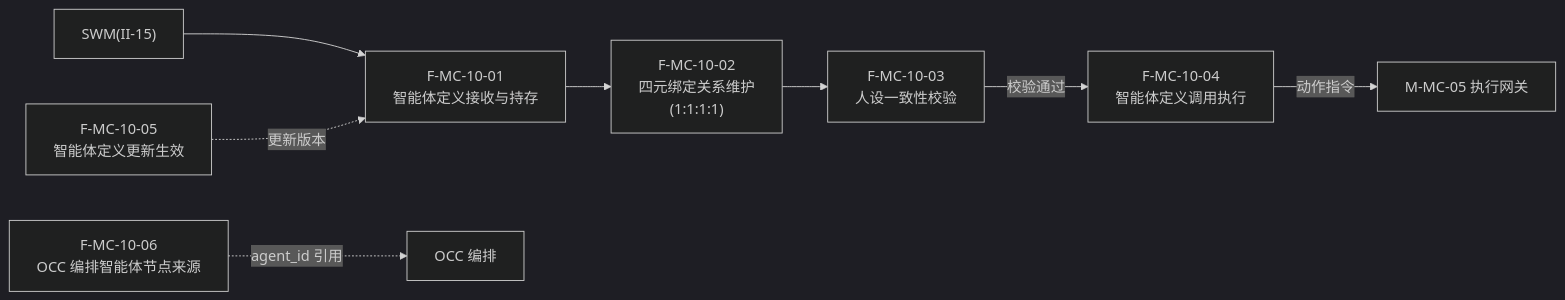
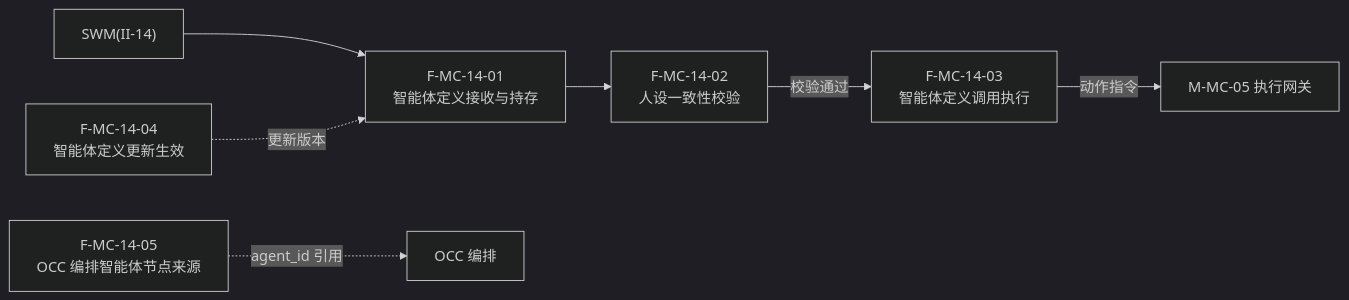
Diagram 21 of 49 in 公司项目/认知作战/文档/软件概要设计-架构图.md (Sj-g/obsidian), drawn with Mermaid (dark theme) before and after one commit. The commit also changed other lines of this file, not shown here.

````diff
--- a/公司项目/认知作战/文档/软件概要设计-架构图.md
+++ b/公司项目/认知作战/文档/软件概要设计-架构图.md
@@ -372,16 +416,15 @@
 ```mermaid
 flowchart LR
-    F1001["F-MC-10-01<br/>智能体定义接收与持存"]
-    F1002["F-MC-10-02<br/>四元绑定关系维护<br/>(1:1:1:1)"]
-    F1003["F-MC-10-03<br/>人设一致性校验"]
-    F1004["F-MC-10-04<br/>智能体定义调用执行"]
-    F1005["F-MC-10-05<br/>智能体定义更新生效"]
-    F1006["F-MC-10-06<br/>OCC 编排智能体节点来源"]
+    F1401["F-MC-14-01<br/>智能体定义接收与持存"]
+    F1402["F-MC-14-02<br/>人设一致性校验"]
+    F1403["F-MC-14-03<br/>智能体定义调用执行"]
+    F1404["F-MC-14-04<br/>智能体定义更新生效"]
+    F1405["F-MC-14-05<br/>OCC 编排智能体节点来源"]
 
-    SWM["SWM(II-15)"] --> F1001
-    F1001 --> F1002 --> F1003
-    F1003 -->|"校验通过"| F1004
-    F1004 -->|"动作指令"| EXT["M-MC-05 执行网关"]
-    F1005 -.->|"更新版本"| F1001
-    F1006 -.->|"agent_id 引用"| OCC["OCC 编排"]
+    SWM["SWM(II-14)"] --> F1401
+    F1401 --> F1402
+    F1402 -->|"校验通过"| F1403
+    F1403 -->|"动作指令"| EXT["M-MC-05 执行网关"]
+    F1404 -.->|"更新版本"| F1401
+    F1405 -.->|"agent_id 引用"| OCC["OCC 编排"]
 ```
````
